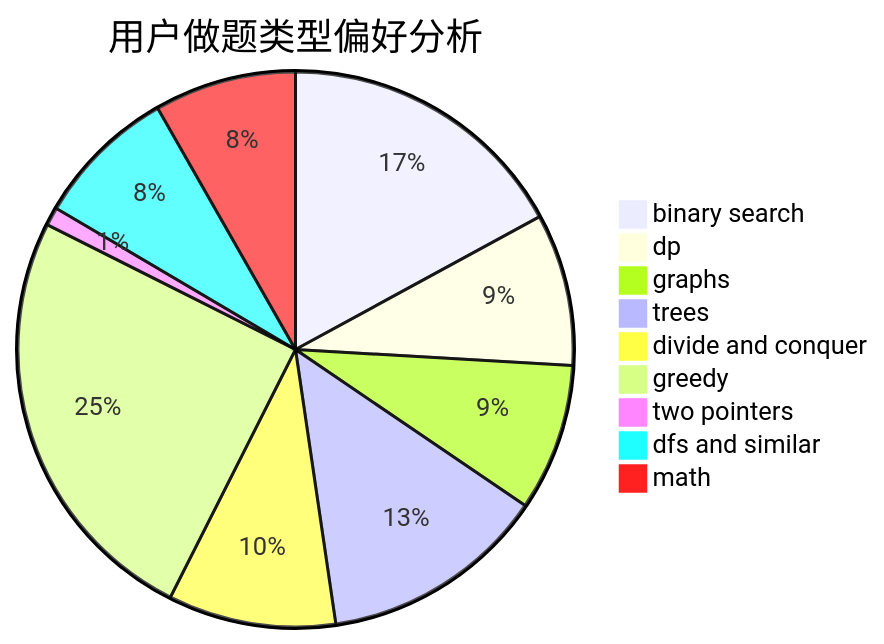
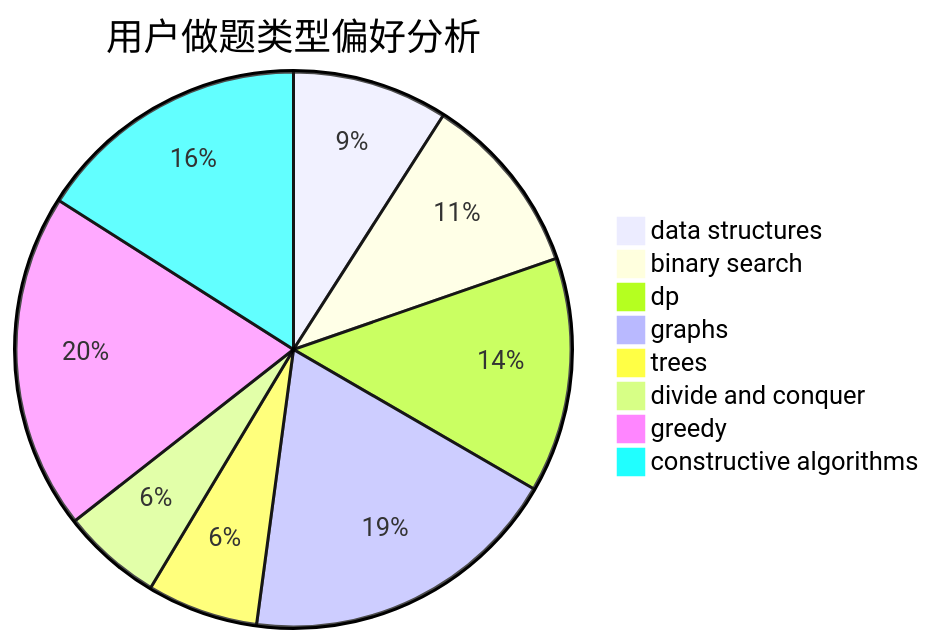
The second of 3 diagrams in docs/user/u201.md (sherpahu/cfrs.github.io), drawn with Mermaid before and after one commit. The commit also changed other lines of this file and 2775 other files, not shown here.

````diff
--- a/docs/user/u201.md
+++ b/docs/user/u201.md
@@ -23,12 +23,11 @@
 ```mermaid
 pie title 用户做题类型偏好分析
-    "binary search" :  430
-    "dp" :  223
-    "graphs" :  216
-    "trees" :  332
-    "divide and conquer" :  246
-    "greedy" :  629
-    "two pointers" :  27
-    "dfs and similar" :  208
-    "math" :  208
+    "data structures" :  98
+    "binary search" :  115
+    "dp" :  148
+    "graphs" :  203
+    "trees" :  70
+    "divide and conquer" :  63
+    "greedy" :  212
+    "constructive algorithms" :  173
 ```
````
